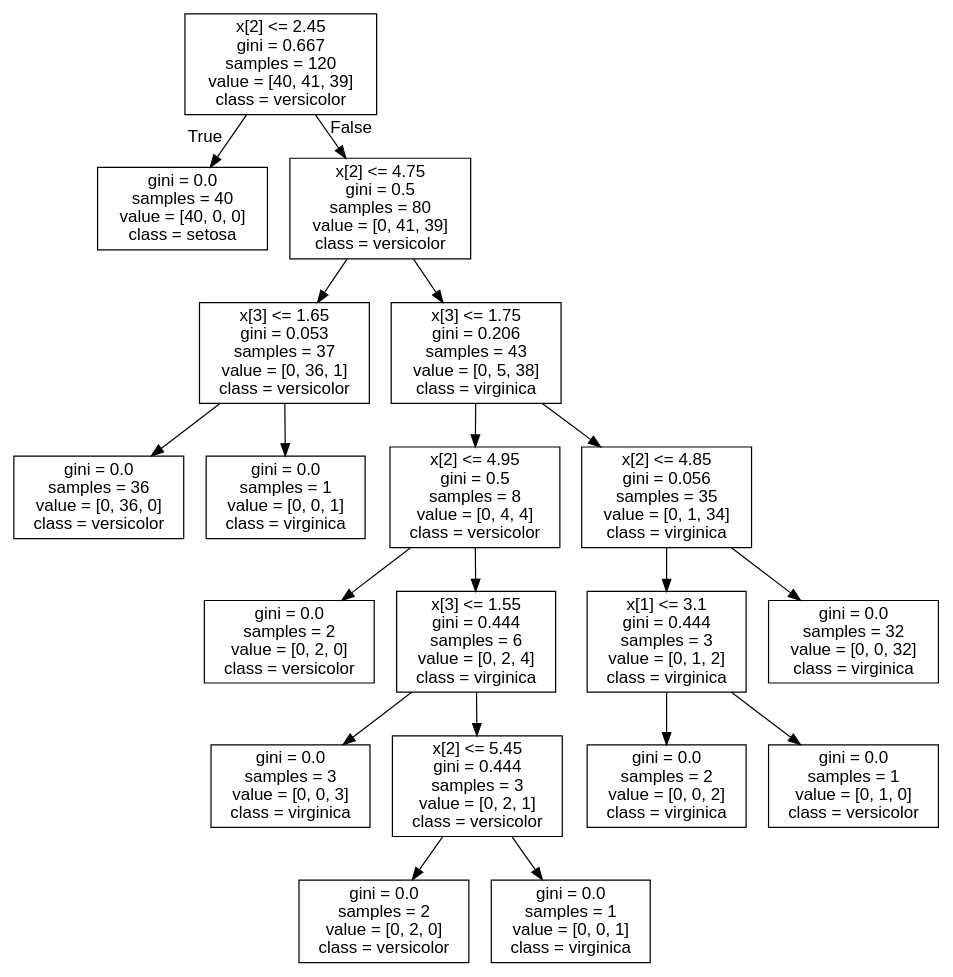
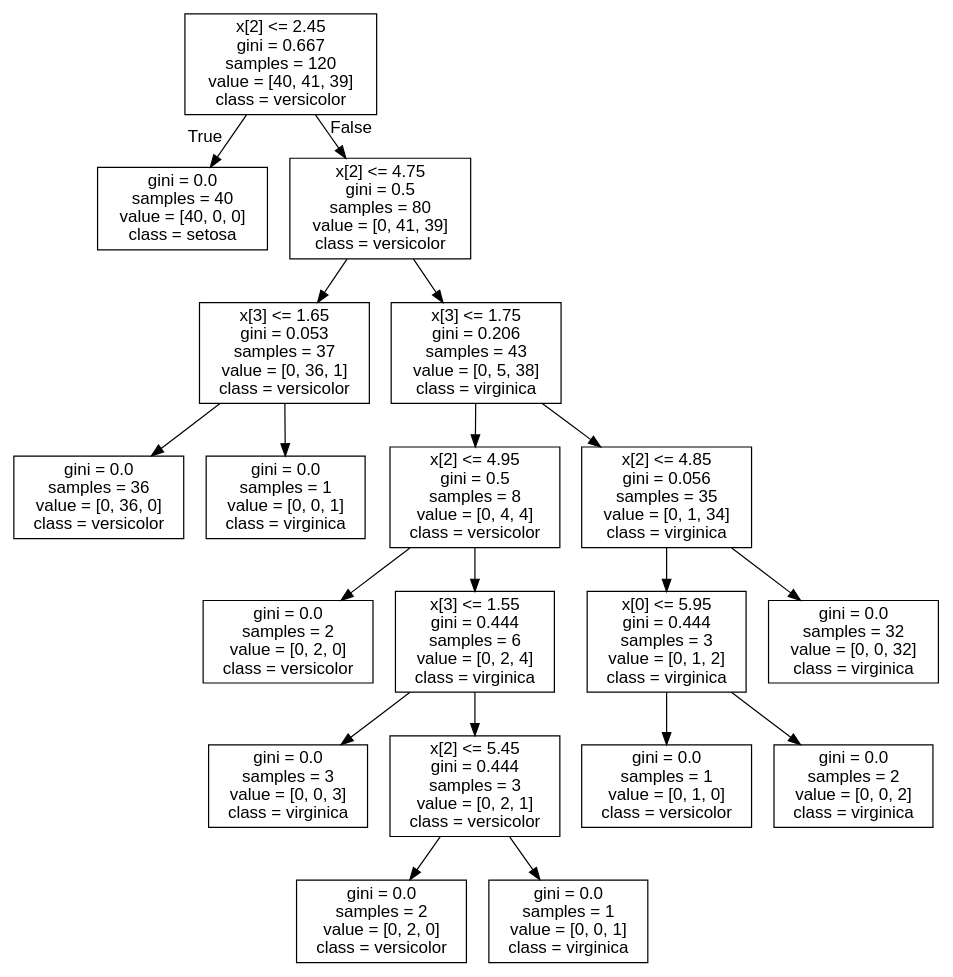
One commit to bhjin97/hipython_rep changed the diagram in tree.dot. Above: the diagram before and after it, drawn with Graphviz. The commit also changed 2 other files, not shown here.

```diff
--- a/tree.dot
+++ b/tree.dot
@@ -1,41 +1,41 @@
 digraph Tree {
 node [shape=box, fontname="helvetica"] ;
 edge [fontname="helvetica"] ;
 0 [label="x[2] <= 2.45\ngini = 0.667\nsamples = 120\nvalue = [40, 41, 39]\nclass = versicolor"] ;
 1 [label="gini = 0.0\nsamples = 40\nvalue = [40, 0, 0]\nclass = setosa"] ;
 0 -> 1 [labeldistance=2.5, labelangle=45, headlabel="True"] ;
 2 [label="x[2] <= 4.75\ngini = 0.5\nsamples = 80\nvalue = [0, 41, 39]\nclass = versicolor"] ;
 0 -> 2 [labeldistance=2.5, labelangle=-45, headlabel="False"] ;
 3 [label="x[3] <= 1.65\ngini = 0.053\nsamples = 37\nvalue = [0, 36, 1]\nclass = versicolor"] ;
 2 -> 3 ;
 4 [label="gini = 0.0\nsamples = 36\nvalue = [0, 36, 0]\nclass = versicolor"] ;
 3 -> 4 ;
 5 [label="gini = 0.0\nsamples = 1\nvalue = [0, 0, 1]\nclass = virginica"] ;
 3 -> 5 ;
 6 [label="x[3] <= 1.75\ngini = 0.206\nsamples = 43\nvalue = [0, 5, 38]\nclass = virginica"] ;
 2 -> 6 ;
 7 [label="x[2] <= 4.95\ngini = 0.5\nsamples = 8\nvalue = [0, 4, 4]\nclass = versicolor"] ;
 6 -> 7 ;
 8 [label="gini = 0.0\nsamples = 2\nvalue = [0, 2, 0]\nclass = versicolor"] ;
 7 -> 8 ;
 9 [label="x[3] <= 1.55\ngini = 0.444\nsamples = 6\nvalue = [0, 2, 4]\nclass = virginica"] ;
 7 -> 9 ;
 10 [label="gini = 0.0\nsamples = 3\nvalue = [0, 0, 3]\nclass = virginica"] ;
 9 -> 10 ;
 11 [label="x[2] <= 5.45\ngini = 0.444\nsamples = 3\nvalue = [0, 2, 1]\nclass = versicolor"] ;
 9 -> 11 ;
 12 [label="gini = 0.0\nsamples = 2\nvalue = [0, 2, 0]\nclass = versicolor"] ;
 11 -> 12 ;
 13 [label="gini = 0.0\nsamples = 1\nvalue = [0, 0, 1]\nclass = virginica"] ;
 11 -> 13 ;
 14 [label="x[2] <= 4.85\ngini = 0.056\nsamples = 35\nvalue = [0, 1, 34]\nclass = virginica"] ;
 6 -> 14 ;
-15 [label="x[1] <= 3.1\ngini = 0.444\nsamples = 3\nvalue = [0, 1, 2]\nclass = virginica"] ;
+15 [label="x[0] <= 5.95\ngini = 0.444\nsamples = 3\nvalue = [0, 1, 2]\nclass = virginica"] ;
 14 -> 15 ;
-16 [label="gini = 0.0\nsamples = 2\nvalue = [0, 0, 2]\nclass = virginica"] ;
+16 [label="gini = 0.0\nsamples = 1\nvalue = [0, 1, 0]\nclass = versicolor"] ;
 15 -> 16 ;
-17 [label="gini = 0.0\nsamples = 1\nvalue = [0, 1, 0]\nclass = versicolor"] ;
+17 [label="gini = 0.0\nsamples = 2\nvalue = [0, 0, 2]\nclass = virginica"] ;
 15 -> 17 ;
 18 [label="gini = 0.0\nsamples = 32\nvalue = [0, 0, 32]\nclass = virginica"] ;
 14 -> 18 ;
 }
```
